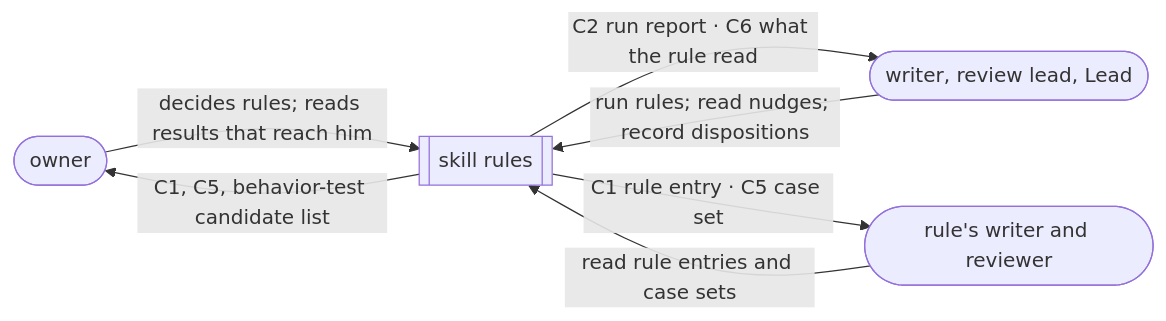
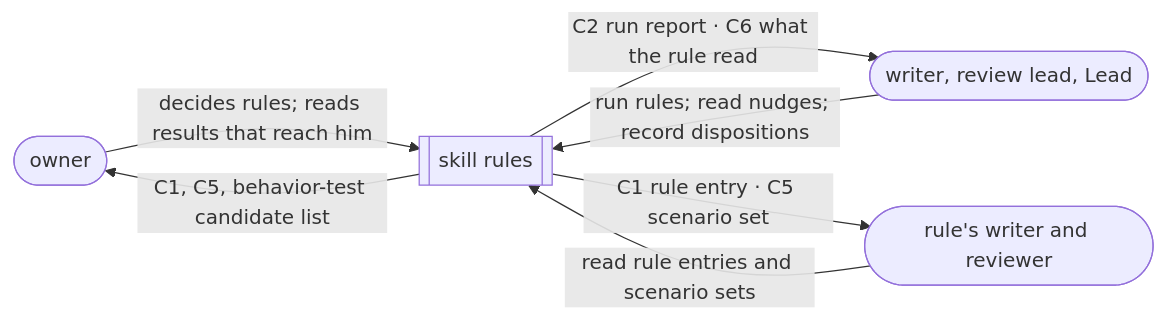
The second of 2 diagrams in docs/specs/2026-11-03-skill-rules/specification/index.md (ShravanSunder/sunstack), drawn with Mermaid before and after one commit. The commit also changed other lines of this file and 30 other files, not shown here.

````diff
--- a/docs/specs/2026-11-03-skill-rules/specification/index.md
+++ b/docs/specs/2026-11-03-skill-rules/specification/index.md
@@ -31,9 +31,9 @@
 ```mermaid
 flowchart LR
   owner([owner]) -->|"decides rules; reads results that reach him"| sys[[skill rules]]
   writer([writer, review lead, Lead]) -->|"run rules; read nudges; record dispositions"| sys
-  rulewriter([rule's writer and reviewer]) -->|"read rule entries and case sets"| sys
+  rulewriter([rule's writer and reviewer]) -->|"read rule entries and scenario sets"| sys
   sys -->|"C2 run report · C6 what the rule read"| writer
-  sys -->|"C1 rule entry · C5 case set"| rulewriter
+  sys -->|"C1 rule entry · C5 scenario set"| rulewriter
   sys -->|"C1, C5, behavior-test candidate list"| owner
 ```
````
